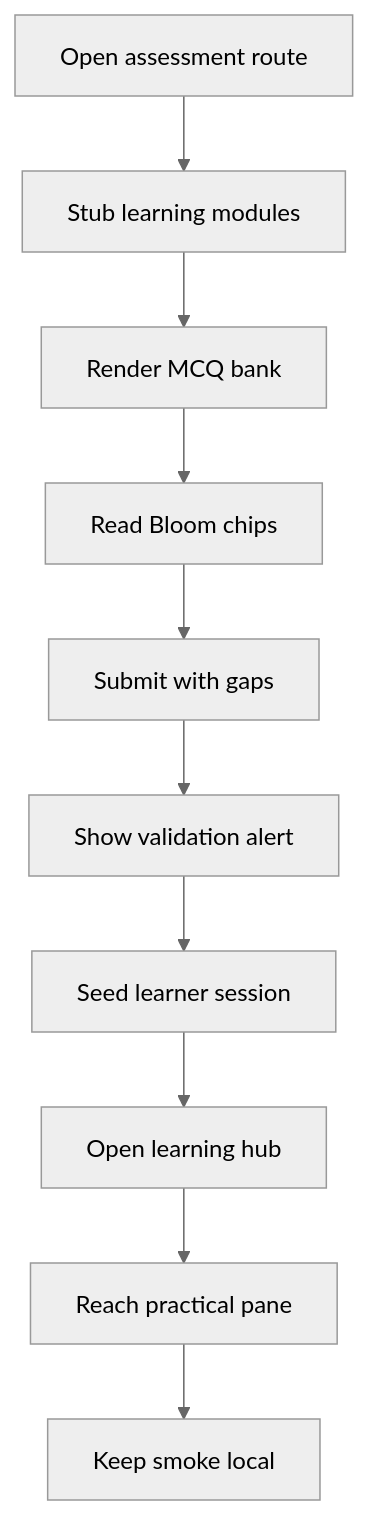
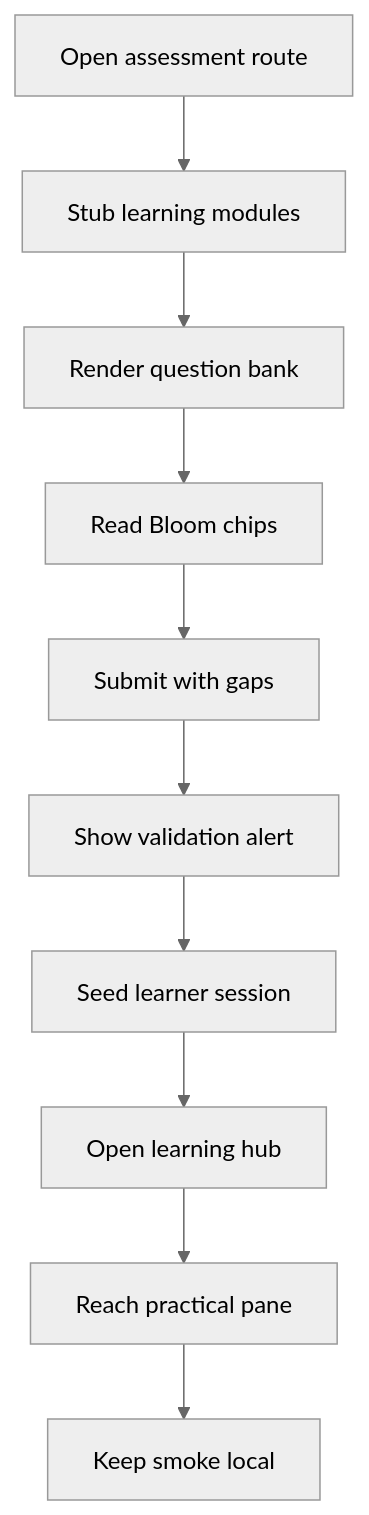
Before and after one commit to JohnAndrewBalbarosa/NeoTerritory: the diagram in docs/Codebase/Frontend/playwright/tests/learner-assessment.spec.ts.md, drawn with Mermaid (neutral theme). The commit also changed other lines of this file and 37 other files, not shown here.

Commit message:
Fix mixed learning question bank

````diff
--- a/docs/Codebase/Frontend/playwright/tests/learner-assessment.spec.ts.md
+++ b/docs/Codebase/Frontend/playwright/tests/learner-assessment.spec.ts.md
@@ -13,14 +13,14 @@
 ```mermaid
 flowchart TD
     Start["Open assessment route"]
     N0["Stub learning modules"]
-    N1["Render MCQ bank"]
+    N1["Render question bank"]
     N2["Read Bloom chips"]
     N3["Submit with gaps"]
     N4["Show validation alert"]
     N5["Seed learner session"]
     N6["Open learning hub"]
     N7["Reach practical pane"]
     End["Keep smoke local"]
     Start --> N0 --> N1 --> N2 --> N3 --> N4 --> N5 --> N6 --> N7 --> End
 ```
````
